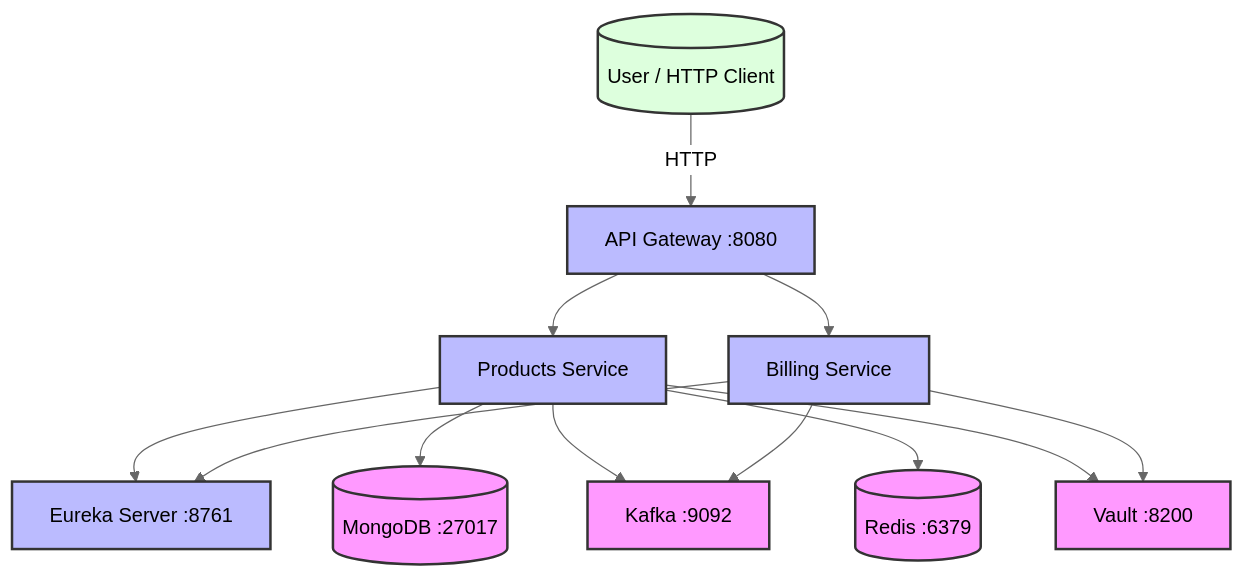
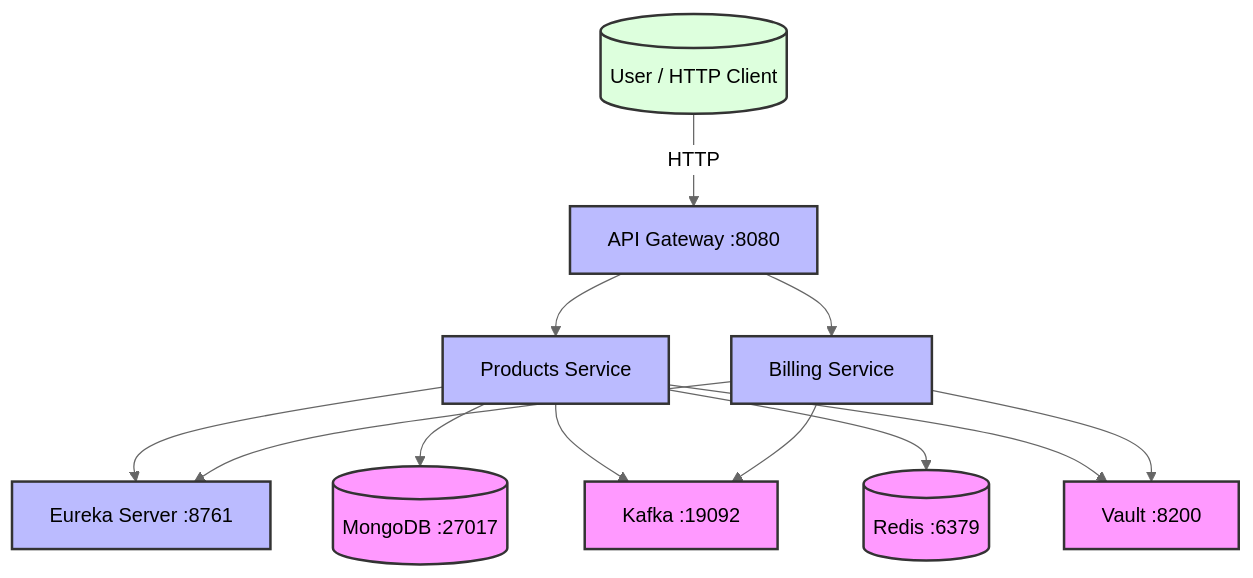
Before and after one commit to leosalazarn/microservices: the first of 4 diagrams in docs/ARCHITECTURE.md, drawn with Mermaid (neutral theme). The commit also changed other lines of this file and 5 other files, not shown here.

First line of the commit message:
docs: update tech stack, tools, and architecture docs to reflect Phase 7

````diff
--- a/docs/ARCHITECTURE.md
+++ b/docs/ARCHITECTURE.md
@@ -10,35 +10,35 @@
 ```mermaid
 graph TB
     USER[("User / HTTP Client")]
 
     GW["API Gateway :8080"]
 
     EU["Eureka Server :8761"]
 
     PS["Products Service"]
     BS["Billing Service"]
 
     MONGO[("MongoDB :27017")]
-    KAFKA["Kafka :9092"]
+    KAFKA["Kafka :19092"]
     REDIS[("Redis :6379")]
     VAULT["Vault :8200"]
 
     USER -->|HTTP| GW
     GW --> PS
     GW --> BS
     PS --> EU
     BS --> EU
     PS --> MONGO
     PS --> KAFKA
     BS --> KAFKA
     PS --> REDIS
     PS --> VAULT
     BS --> VAULT
 
     classDef infra fill:#f9f,stroke:#333,stroke-width:2px
     classDef service fill:#bbf,stroke:#333,stroke-width:2px
     classDef client fill:#dfd,stroke:#333,stroke-width:2px
     class MONGO,KAFKA,REDIS,VAULT infra
     class PS,BS,GW,EU service
     class USER client
 ```
````
